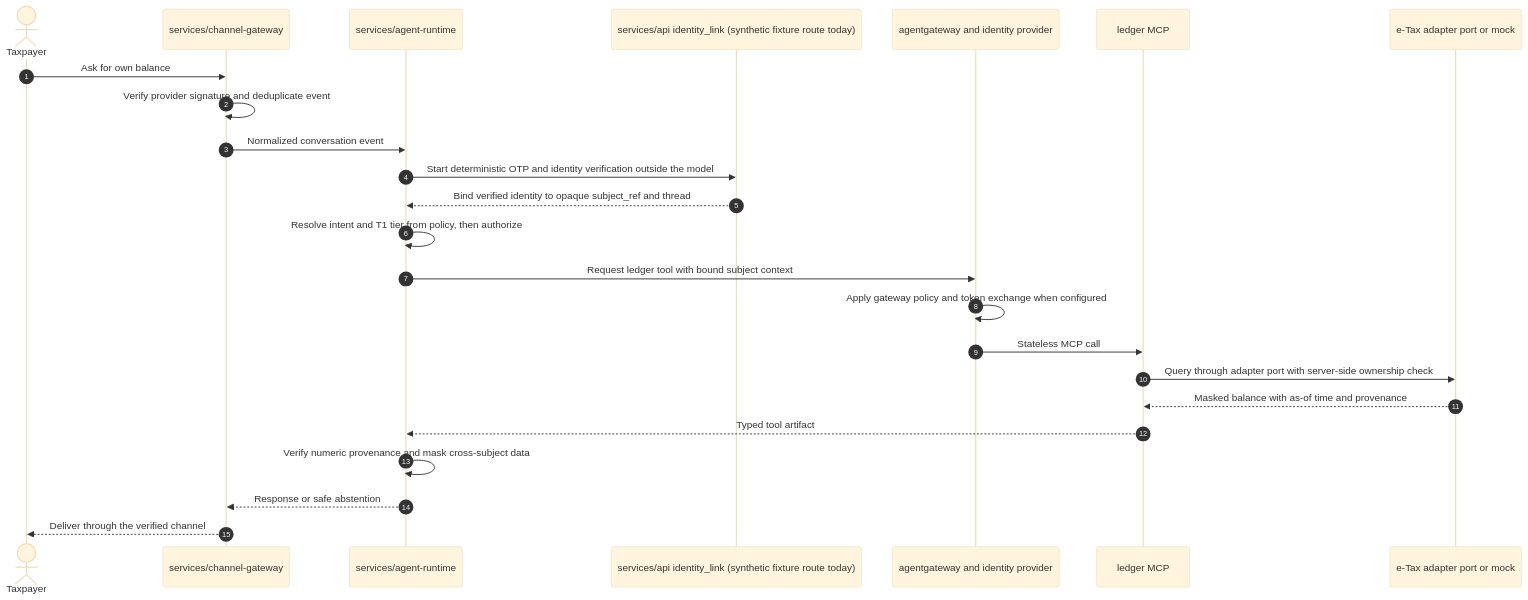
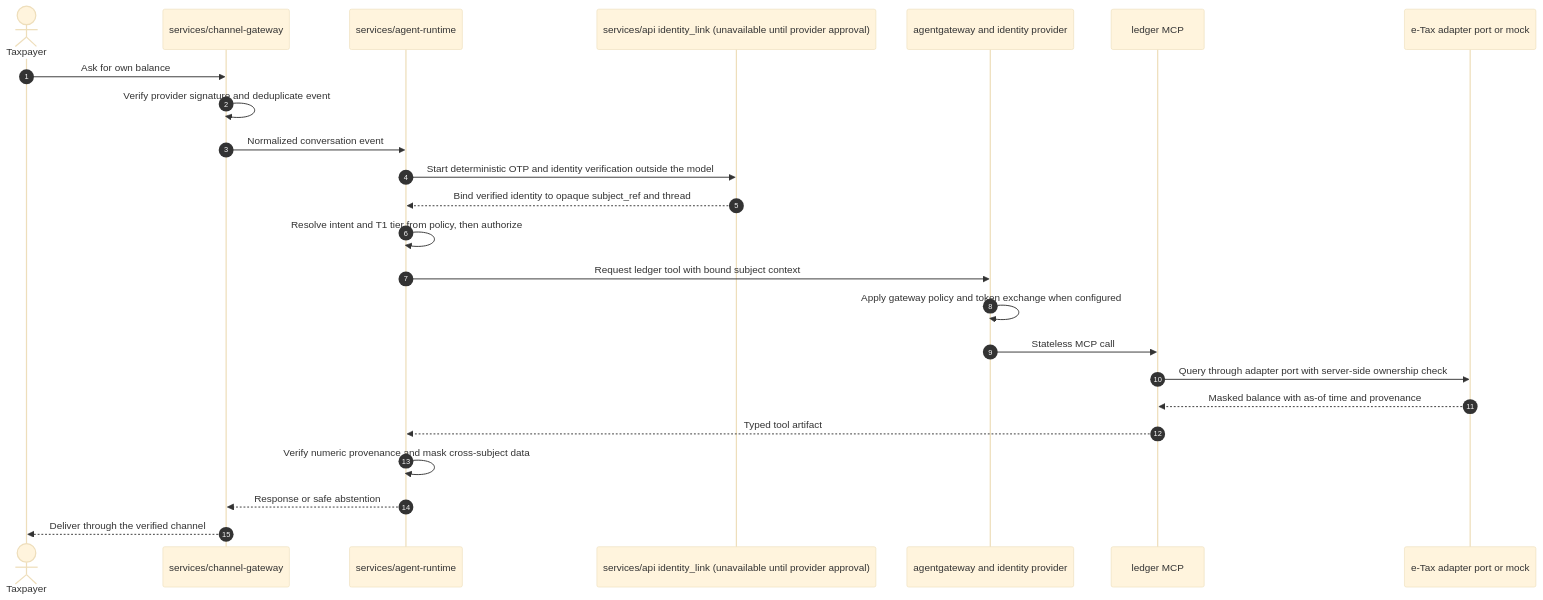
Before and after one commit to mpairwe7/SSRA-CX: the sixth of 8 diagrams in docs/architecture/overview.md, drawn with Mermaid (base theme). The commit also changed other lines of this file and 67 other files, not shown here.

````diff
--- a/docs/architecture/overview.md
+++ b/docs/architecture/overview.md
@@ -483,27 +483,27 @@
 ```mermaid
 sequenceDiagram
     autonumber
     actor User as Taxpayer
     participant CGW as services/channel-gateway
     participant RT as services/agent-runtime
-    participant ID as services/api identity_link (synthetic fixture route today)
+    participant ID as services/api identity_link (unavailable until provider approval)
     participant GW as agentgateway and identity provider
     participant Ledger as ledger MCP
     participant ETax as e-Tax adapter port or mock
 
     User->>CGW: Ask for own balance
     CGW->>CGW: Verify provider signature and deduplicate event
     CGW->>RT: Normalized conversation event
     RT->>ID: Start deterministic OTP and identity verification outside the model
     ID-->>RT: Bind verified identity to opaque subject_ref and thread
     RT->>RT: Resolve intent and T1 tier from policy, then authorize
     RT->>GW: Request ledger tool with bound subject context
     GW->>GW: Apply gateway policy and token exchange when configured
     GW->>Ledger: Stateless MCP call
     Ledger->>ETax: Query through adapter port with server-side ownership check
     ETax-->>Ledger: Masked balance with as-of time and provenance
     Ledger-->>RT: Typed tool artifact
     RT->>RT: Verify numeric provenance and mask cross-subject data
     RT-->>CGW: Response or safe abstention
     CGW-->>User: Deliver through the verified channel
 ```
````
